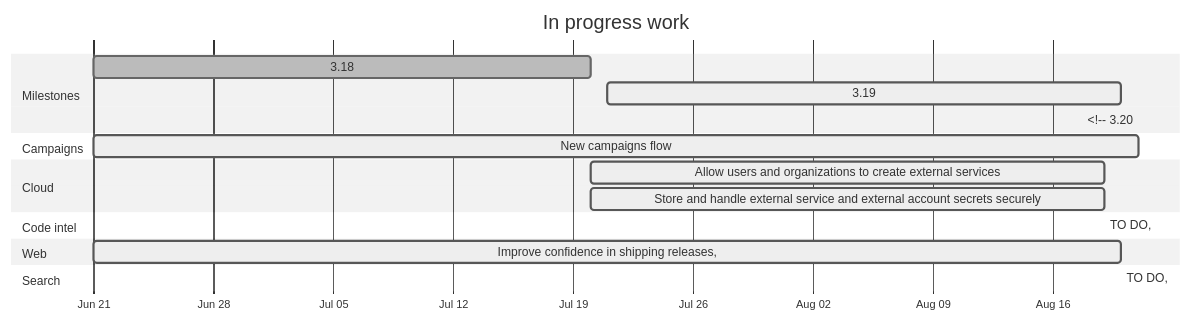
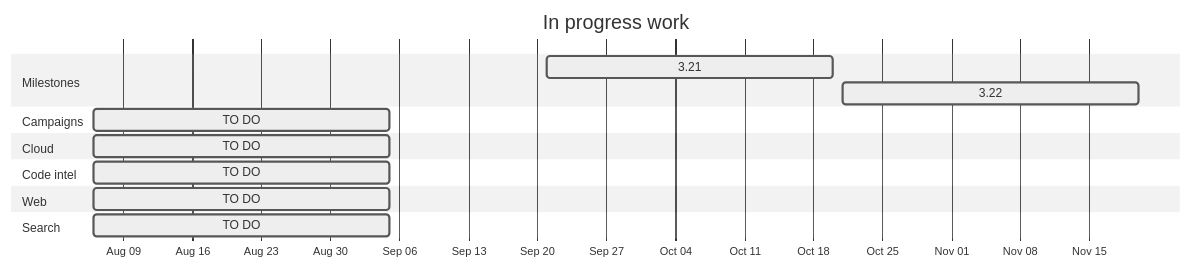
One commit to sourcegraph/about changed the diagram in handbook/product/roadmap.md. Above: the diagram before and after it, drawn with Mermaid (neutral theme). The commit also changed other lines of this file and 2 other files, not shown here.

```diff
--- a/handbook/product/roadmap.md
+++ b/handbook/product/roadmap.md
@@ -7,27 +7,25 @@
 <pre class="mermaid" data-rendered-width="150%" data-scroll-right="50%">
 gantt
     title In progress work
     dateFormat YYYY-MM-DD
     axisFormat %b %d
 
 section Milestones
-    3.18 :done, release-3.18, 2020-06-21, 2020-07-20
-    3.19 :active, release-3.19, 2020-07-21, 2020-08-20
-    <!-- 3.20 :release-3.20, 2020-08-21, 2020-09-20 -->
+    3.21 :active, release-3.21, 2020-09-21, 2020-10-20
+    3.22 :active, release-3.22, 2020-10-21, 2020-11-20
 
 section Campaigns
-    New campaigns flow :active, 2020-06-21, 2020-08-21
+    TO DO :active, after release-3.21, 30d
 
 section Cloud
-    Allow users and organizations to create external services :active, 2020-07-20, 30d
-    Store and handle external service and external account secrets securely :active, 2020-07-20, 30d
+    TO DO :active, after release-3.21, 30d
 
 section Code intel
-    TO DO, :active, after release-3.18
+    TO DO :active, after release-3.21, 30d
 
 section Web
-    Improve confidence in shipping releases, :active, 2020-06-21, 60d
+    TO DO :active, after release-3.21, 30d
 
 section Search
-    TO DO, :active, after release-3.18
+    TO DO :active, after release-3.21, 30d
 </pre>
```
